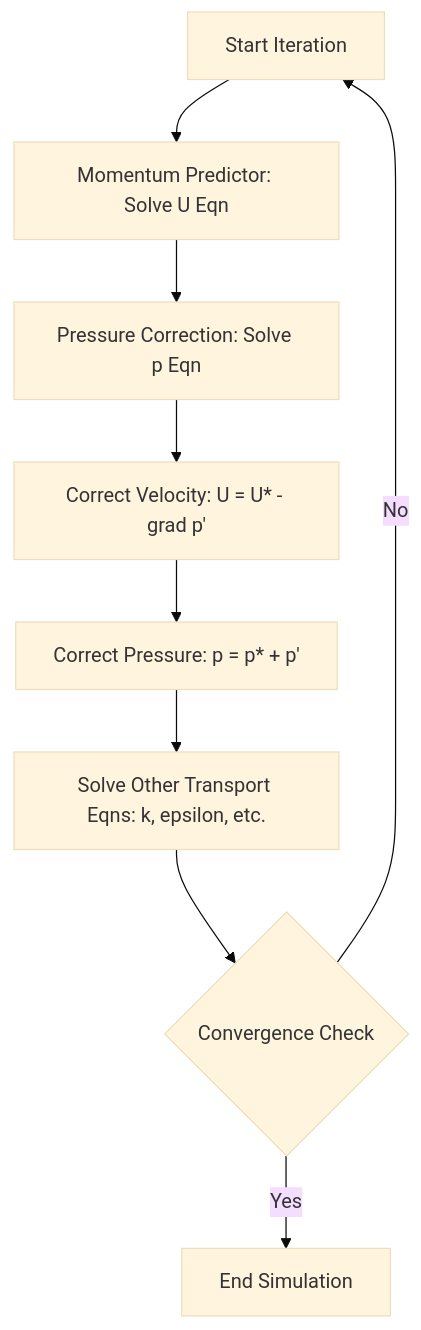
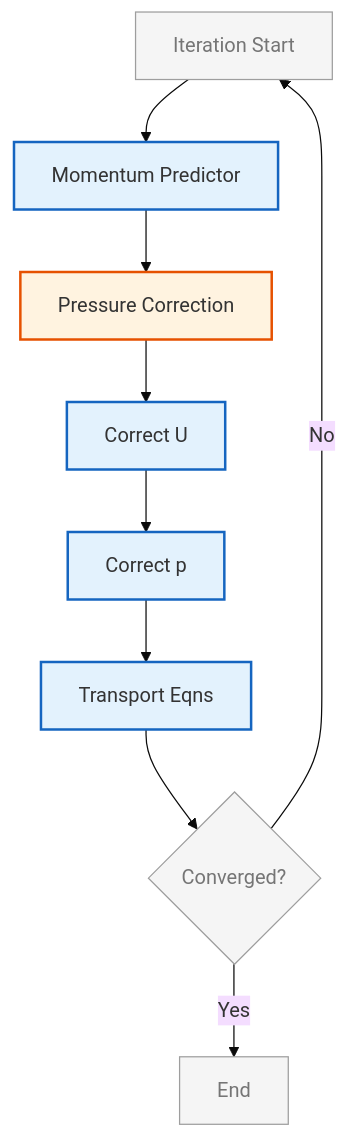
The diagram in MODULE_03_SINGLE_PHASE_FLOW/CONTENT/01_INCOMPRESSIBLE_FLOW_SOLVERS/00_Overview.md (wramet/build-my-cfd), drawn with Mermaid (base theme) before and after one commit. The commit also changed 313 other files, not shown here.

Commit message:
Revise all diagram

````diff
--- a/MODULE_03_SINGLE_PHASE_FLOW/CONTENT/01_INCOMPRESSIBLE_FLOW_SOLVERS/00_Overview.md
+++ b/MODULE_03_SINGLE_PHASE_FLOW/CONTENT/01_INCOMPRESSIBLE_FLOW_SOLVERS/00_Overview.md
@@ -218,11 +218,16 @@
 ```mermaid
 flowchart TD
-    A[Start Iteration] --> B[Momentum Predictor: Solve U Eqn]
-    B --> C[Pressure Correction: Solve p Eqn]
-    C --> D[Correct Velocity: U = U* - grad p']
-    D --> E[Correct Pressure: p = p* + p']
-    E --> F[Solve Other Transport Eqns: k, epsilon, etc.]
-    F --> G{Convergence Check}
-    G -- No --> A
-    G -- Yes --> H[End Simulation]
+%% Classes
+classDef explicit fill:#fff3e0,stroke:#e65100,stroke-width:2px;
+classDef implicit fill:#e3f2fd,stroke:#1565c0,stroke-width:2px;
+classDef context fill:#f5f5f5,stroke:#9e9e9e,stroke-width:1px,color:#757575;
+%% Nodes
+A[Iteration Start]:::context --> B[Momentum Predictor]:::implicit
+B --> C[Pressure Correction]:::explicit
+C --> D[Correct U]:::implicit
+D --> E[Correct p]:::implicit
+E --> F[Transport Eqns]:::implicit
+F --> G{Converged?}:::context
+G -->|No| A
+G -->|Yes| H[End]:::context
 ```
````
